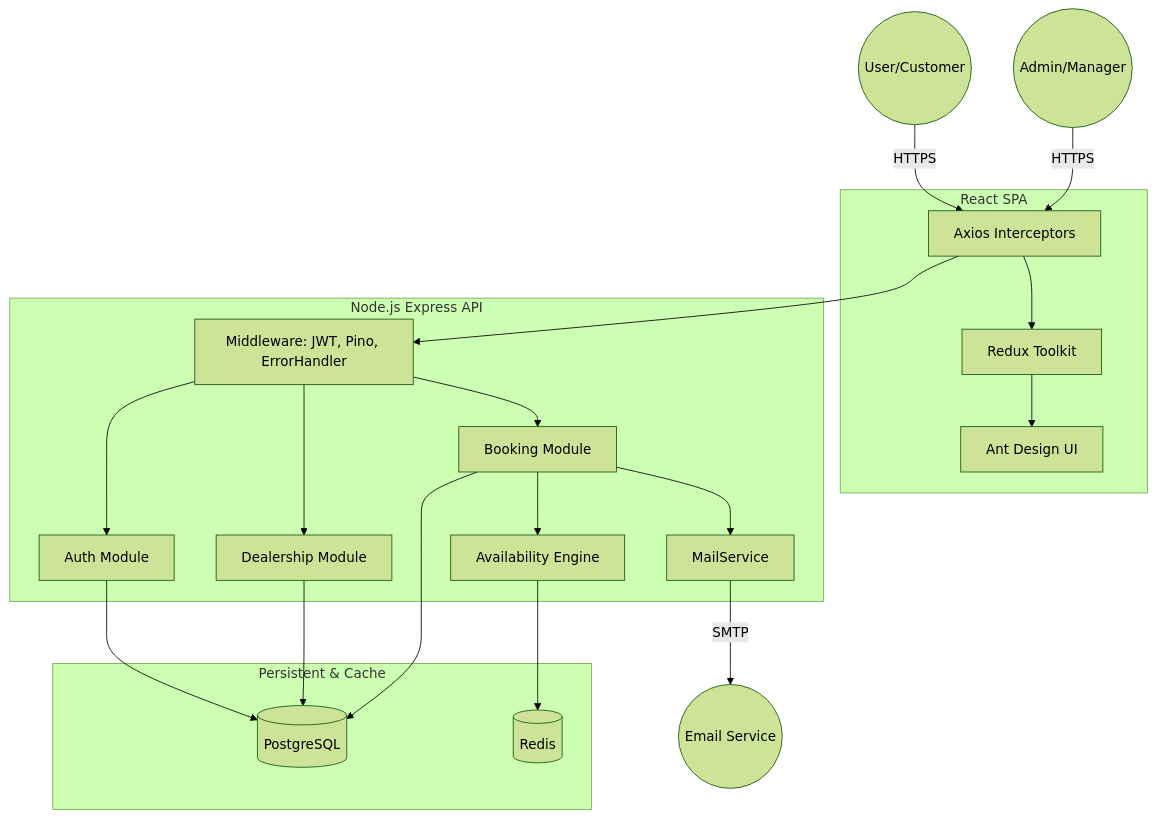
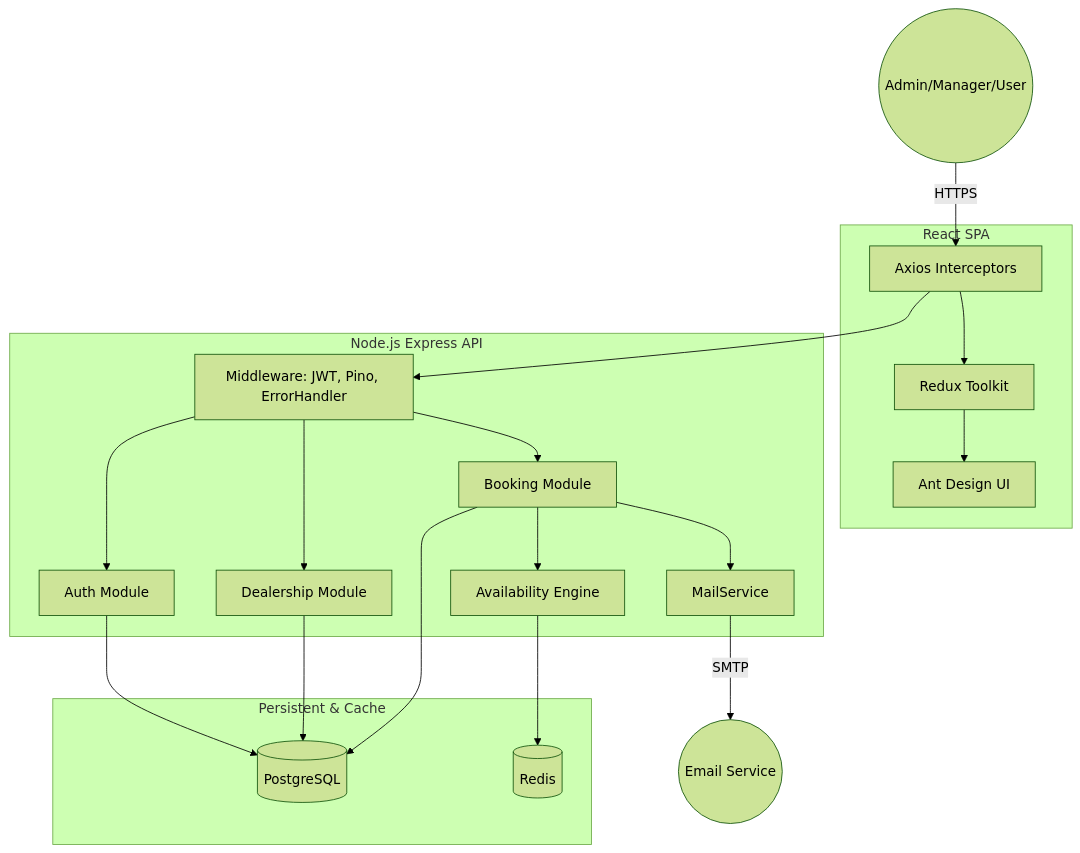
The first of 3 diagrams in readme.md (elbannaa/keyloop-service-scheduler), drawn with Mermaid (forest theme) before and after one commit. The commit also changed other lines of this file and 6 other files, not shown here.

````diff
--- a/readme.md
+++ b/readme.md
@@ -5,45 +9,43 @@
 ```mermaid
-graph TD
-    User((User/Customer))
-    Admin((Admin/Manager))
+graph TB
+    Users((Admin/Manager/User))
     
     subgraph Frontend [React SPA]
         UI[Ant Design UI]
         State[Redux Toolkit]
         API[Axios Interceptors]
     end
     
     subgraph Backend [Node.js Express API]
         Middleware[Middleware: JWT, Pino, ErrorHandler]
         Auth[Auth Module]
         Dealership[Dealership Module]
         Booking[Booking Module]
         Eng[Availability Engine]
         Mail[MailService]
     end
     
     subgraph Storage [Persistent & Cache]
         Postgres[(PostgreSQL)]
         Redis[(Redis)]
     end
     
-    User -->|HTTPS| API
-    Admin -->|HTTPS| API
+    Users -->|HTTPS| API
     API --> State
     State --> UI
     
     API --> Middleware
     Middleware --> Auth
     Middleware --> Dealership
     Middleware --> Booking
     
     Booking --> Eng
     Eng --> Redis
     
     Auth --> Postgres
     Dealership --> Postgres
     Booking --> Postgres
     
     Booking --> Mail
     Mail -->|SMTP| Email((Email Service))
 ```
````
